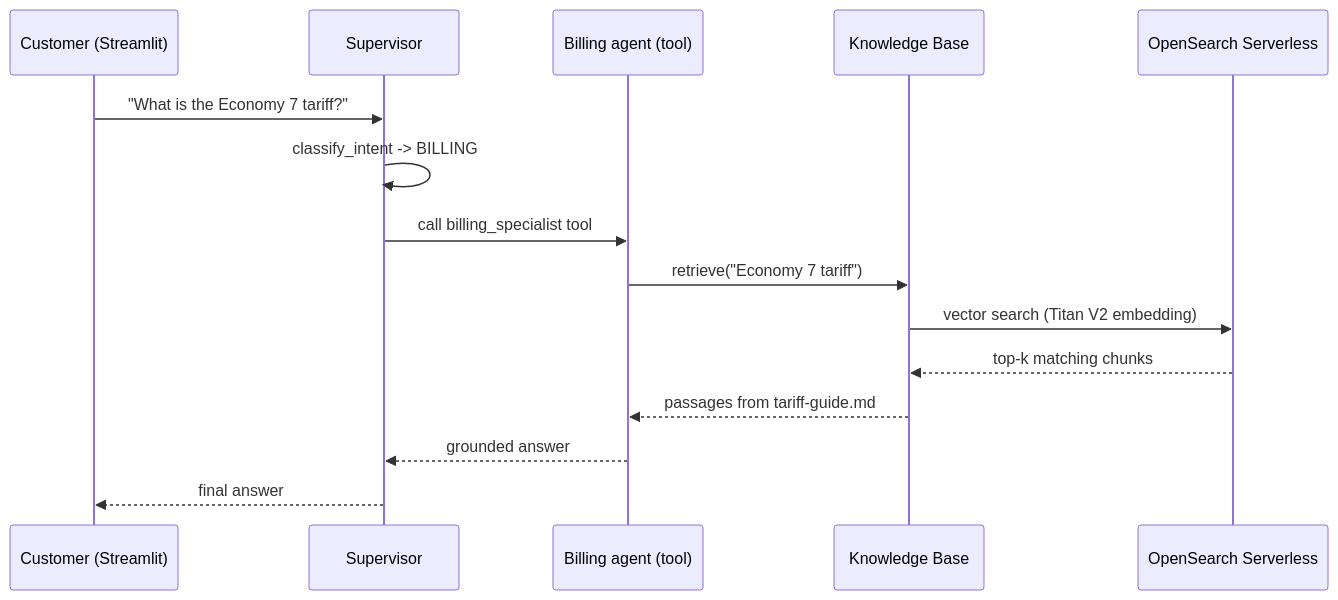
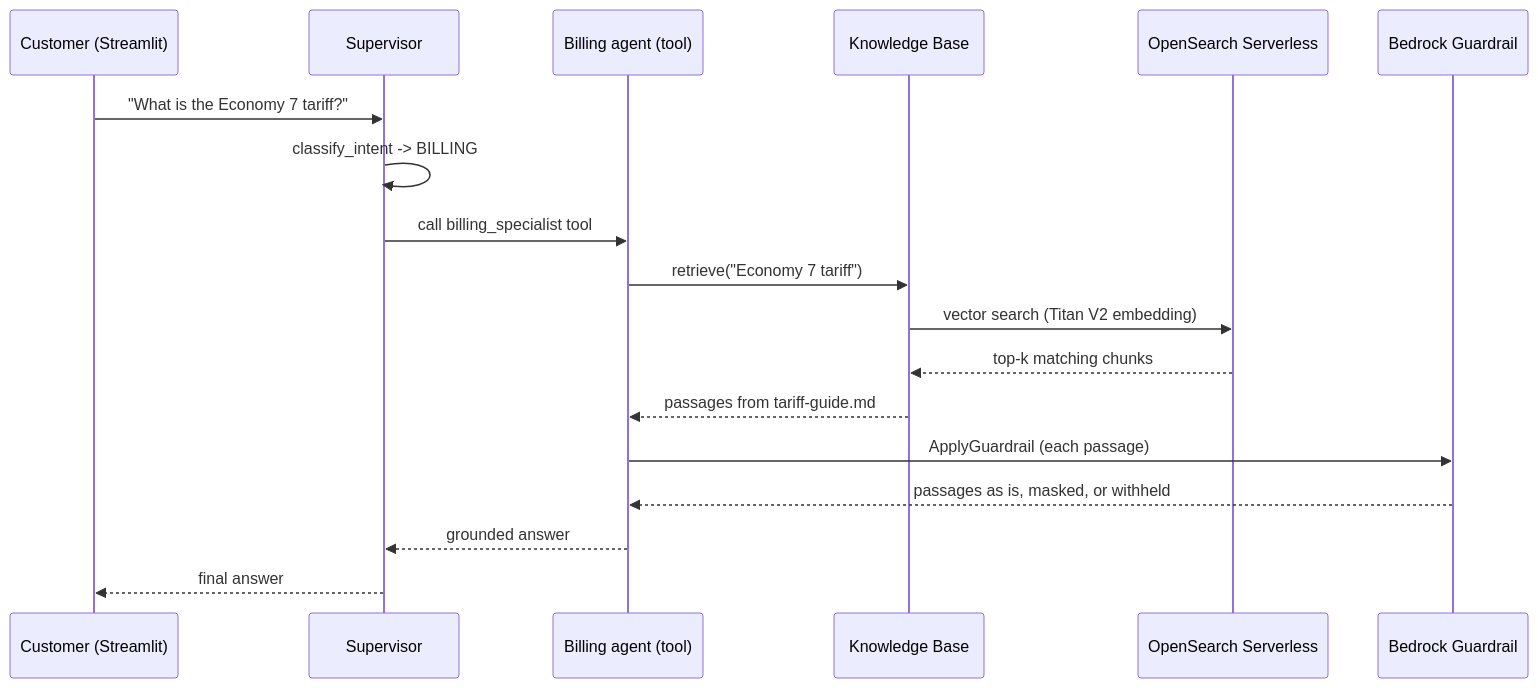
One commit to aws-samples/sample-multi-agent-customer-service-for-bedrock changed the second of 2 diagrams in docs/architecture.md. Above: the diagram before and after it, drawn with Mermaid. The commit also changed other lines of this file and 11 other files, not shown here.

````diff
--- a/docs/architecture.md
+++ b/docs/architecture.md
@@ -208,18 +210,21 @@
 ```mermaid
 sequenceDiagram
     participant U as Customer (Streamlit)
     participant S as Supervisor
     participant B as Billing agent (tool)
     participant KB as Knowledge Base
     participant OSS as OpenSearch Serverless
+    participant G as Bedrock Guardrail
 
     U->>S: "What is the Economy 7 tariff?"
     S->>S: classify_intent -> BILLING
     S->>B: call billing_specialist tool
     B->>KB: retrieve("Economy 7 tariff")
     KB->>OSS: vector search (Titan V2 embedding)
     OSS-->>KB: top-k matching chunks
     KB-->>B: passages from tariff-guide.md
+    B->>G: ApplyGuardrail (each passage)
+    G-->>B: passages as is, masked, or withheld
     B-->>S: grounded answer
     S-->>U: final answer
 ```
````
